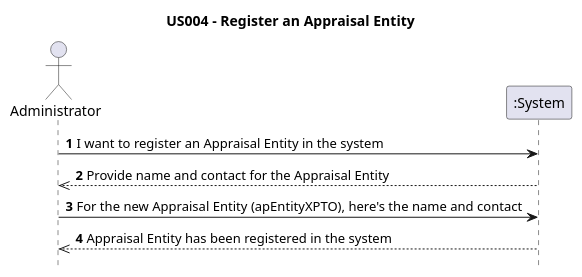
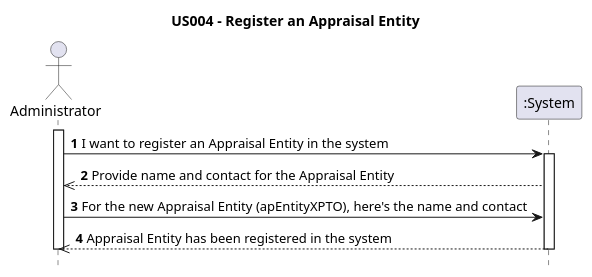
The diagram in Diagrams/SequenceDiagrams/N1/US004-to-register-an-appraisal-entity-in-the-system.puml (AndrePereiraGitH/SWitCH-Project-Team_A), drawn with PlantUML before and after one commit. The commit also changed 4 other files, not shown here.

Commit message:
Working on #23 #26, updating User Case Diagram

```diff
--- a/Diagrams/SequenceDiagrams/N1/US004-to-register-an-appraisal-entity-in-the-system.puml
+++ b/Diagrams/SequenceDiagrams/N1/US004-to-register-an-appraisal-entity-in-the-system.puml
@@ -1,17 +1,23 @@
 @startuml
 
 hide footbox
 
 title US004 - Register an Appraisal Entity
 
 actor Administrator
 participant ":System" as System
 
 ' Human communication started by Administrator
+activate Administrator
+
 Administrator -> System : **1** I want to register an Appraisal Entity in the system
-System -->> Administrator : **2** Provide name and contact for the Appraisal Entity
-Administrator -> System : **3** For the new Appraisal Entity (apEntityXPTO), here's the name and contact
-System -->> Administrator : **4** Appraisal Entity has been registered in the system
 
+    activate System
+    System -->> Administrator : **2** Provide name and contact for the Appraisal Entity
+    Administrator -> System : **3** For the new Appraisal Entity (apEntityXPTO), here's the name and contact
+    System -->> Administrator : **4** Appraisal Entity has been registered in the system
+    deactivate System
+
+deactivate Administrator
 
 @enduml
```
